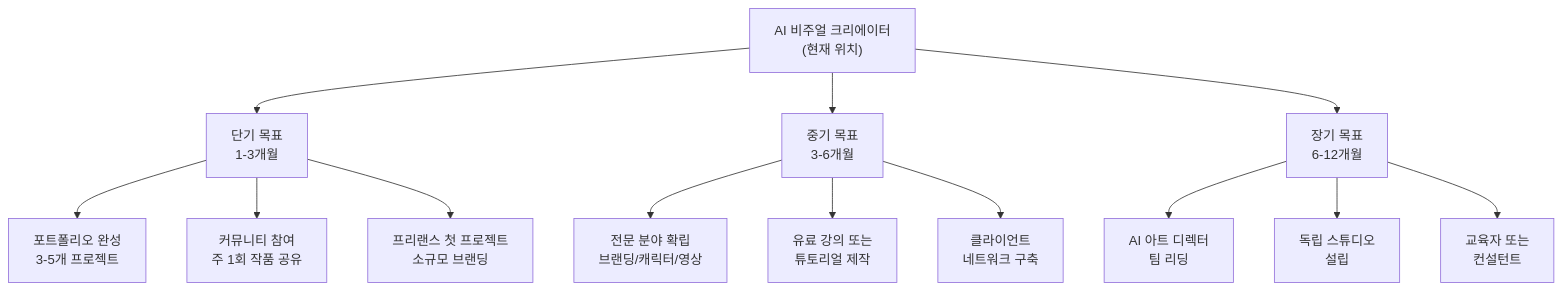
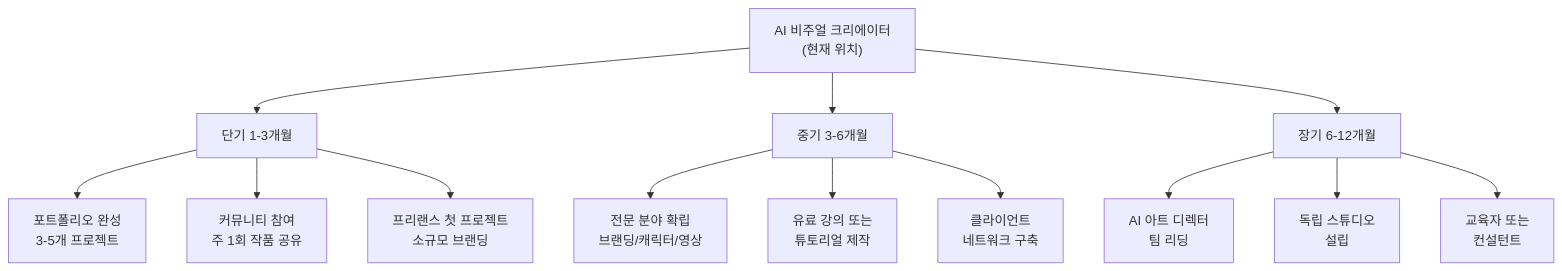
Before and after one commit to jsonpassion/forge-tutorial-promptcanvas: the third of 3 diagrams in 12-ch12-실전-포트폴리오-프로젝트/05-05-포트폴리오-완성과-다음-단계.md, drawn with Mermaid. The commit also changed other lines of this file and 63 other files, not shown here.

````diff
--- a/12-ch12-실전-포트폴리오-프로젝트/05-05-포트폴리오-완성과-다음-단계.md
+++ b/12-ch12-실전-포트폴리오-프로젝트/05-05-포트폴리오-완성과-다음-단계.md
@@ -399,18 +148,18 @@
 ```mermaid
 flowchart TD
-    START["AI 비주얼 크리에이터<br/>(현재 위치)"] --> T1["단기 목표<br/>1-3개월"]
-    START --> T2["중기 목표<br/>3-6개월"]
-    START --> T3["장기 목표<br/>6-12개월"]
-    
+    START["AI 비주얼 크리에이터<br/>(현재 위치)"] --> T1["단기 1-3개월"]
+    START --> T2["중기 3-6개월"]
+    START --> T3["장기 6-12개월"]
+
     T1 --> T1A["포트폴리오 완성<br/>3-5개 프로젝트"]
     T1 --> T1B["커뮤니티 참여<br/>주 1회 작품 공유"]
     T1 --> T1C["프리랜스 첫 프로젝트<br/>소규모 브랜딩"]
-    
+
     T2 --> T2A["전문 분야 확립<br/>브랜딩/캐릭터/영상"]
     T2 --> T2B["유료 강의 또는<br/>튜토리얼 제작"]
     T2 --> T2C["클라이언트<br/>네트워크 구축"]
-    
+
     T3 --> T3A["AI 아트 디렉터<br/>팀 리딩"]
     T3 --> T3B["독립 스튜디오<br/>설립"]
     T3 --> T3C["교육자 또는<br/>컨설턴트"]
 ```
````
